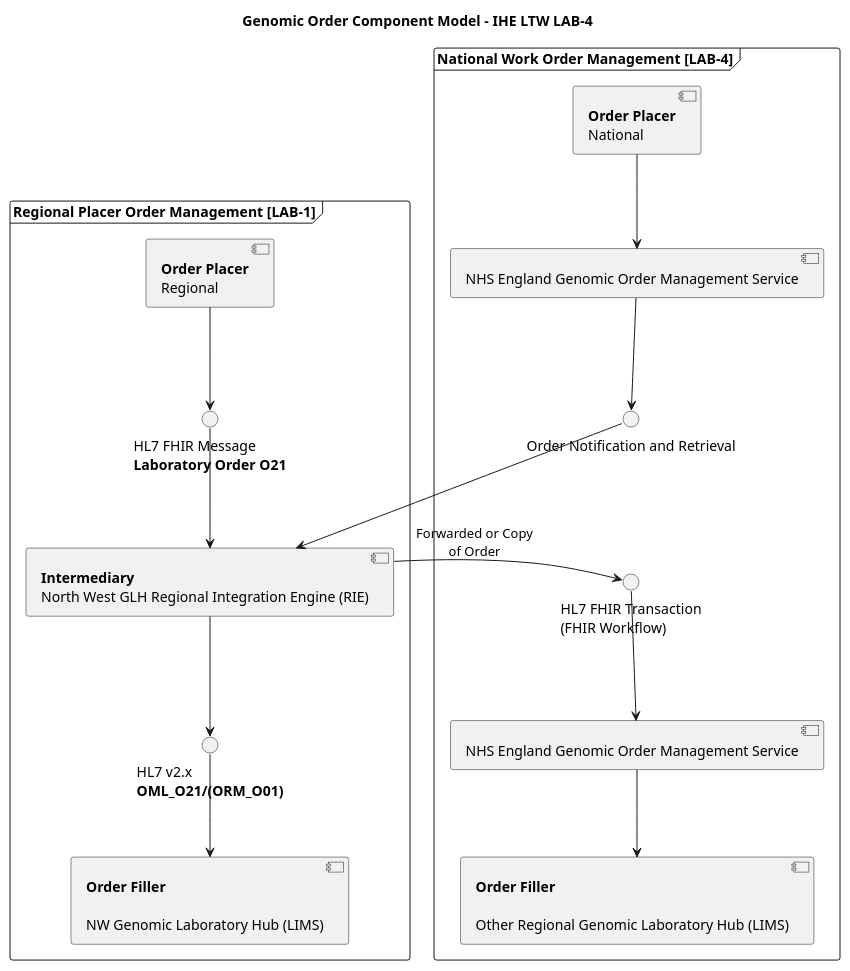
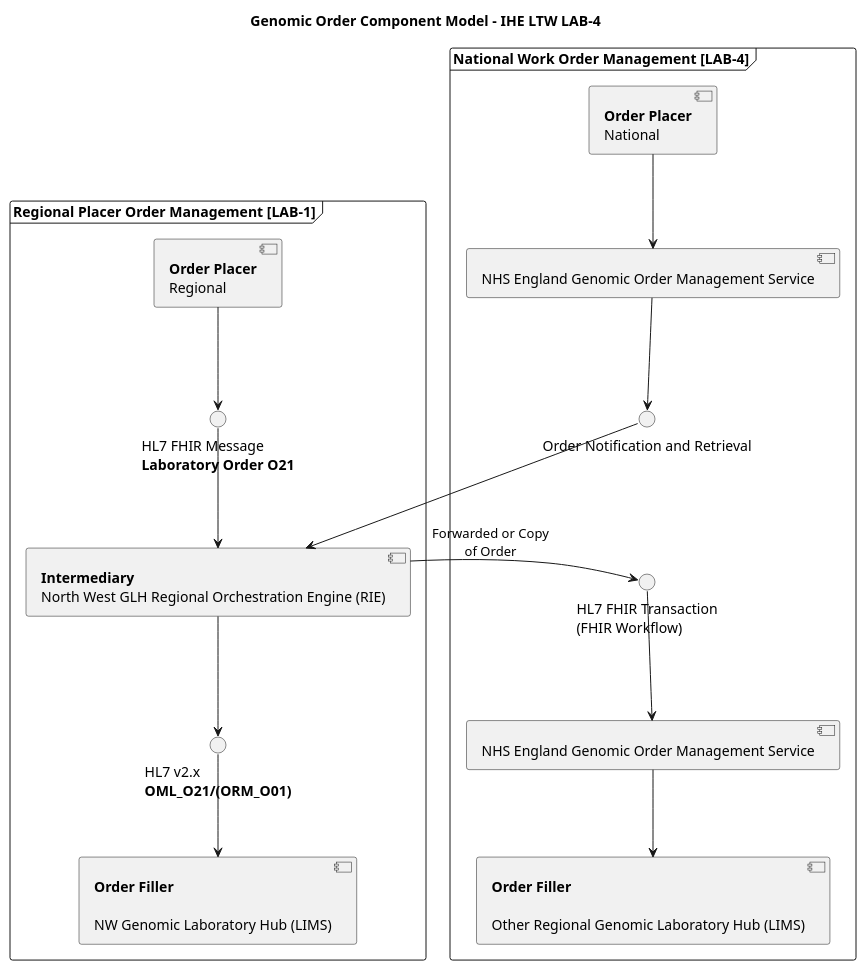
Before and after one commit to uk-gov-mirror/nw-gmsa.nw-gmsa.github.com: the diagram in input/images-source/LAB4-component.plantuml, drawn with PlantUML. The commit also changed 55 other files, not shown here.

```diff
--- a/input/images-source/LAB4-component.plantuml
+++ b/input/images-source/LAB4-component.plantuml
@@ -1,44 +1,44 @@
 @startuml
 
 title "Genomic Order Component Model - IHE LTW LAB-4"
 
 frame "Regional Placer Order Management [LAB-1]" as LAB1 {
   component "**Order Filler**\n\nNW Genomic Laboratory Hub (LIMS)" as LIMS
   component "**Order Placer**\nRegional" as EPR
-  component "**Intermediary**\nNorth West GLH Regional Integration Engine (RIE)" as TIE
+  component "**Intermediary**\nNorth West GLH Regional Orchestration Engine (RIE)" as TIE
 
  interface "HL7 FHIR Message\n**Laboratory Order O21**" as HL7_ORM1
 
  interface "HL7 v2.x\n**OML_O21/(ORM_O01)**" as HL7_ORM2
 
       EPR -d-> HL7_ORM1
   HL7_ORM1 -d-> TIE
   TIE -d-> HL7_ORM2
 }
 
 frame "National Work Order Management [LAB-4]" as LAB4 {
  component "**Order Placer**\nNational" as EPRE
  component "NHS England Genomic Order Management Service" as GOMSp
  component "**Order Filler**\n\nOther Regional Genomic Laboratory Hub (LIMS)" as LIMSE
  component "NHS England Genomic Order Management Service" as GOMS
  interface "Order Notification and Retrieval" as notify
  interface "HL7 FHIR Transaction\n(FHIR Workflow)" as Transaction
 
 
  EPRE -d-> GOMSp
  GOMSp -d-> notify
  notify -d[hidden]- Transaction
  GOMS -d-> LIMSE
 }
 
 
 
 TIE -d-> Transaction: Forwarded or Copy\nof Order
 Transaction -d-> GOMS
  notify -d-> TIE
 
 HL7_ORM2 -d-> LIMS
 
 
 
 @enduml
```
